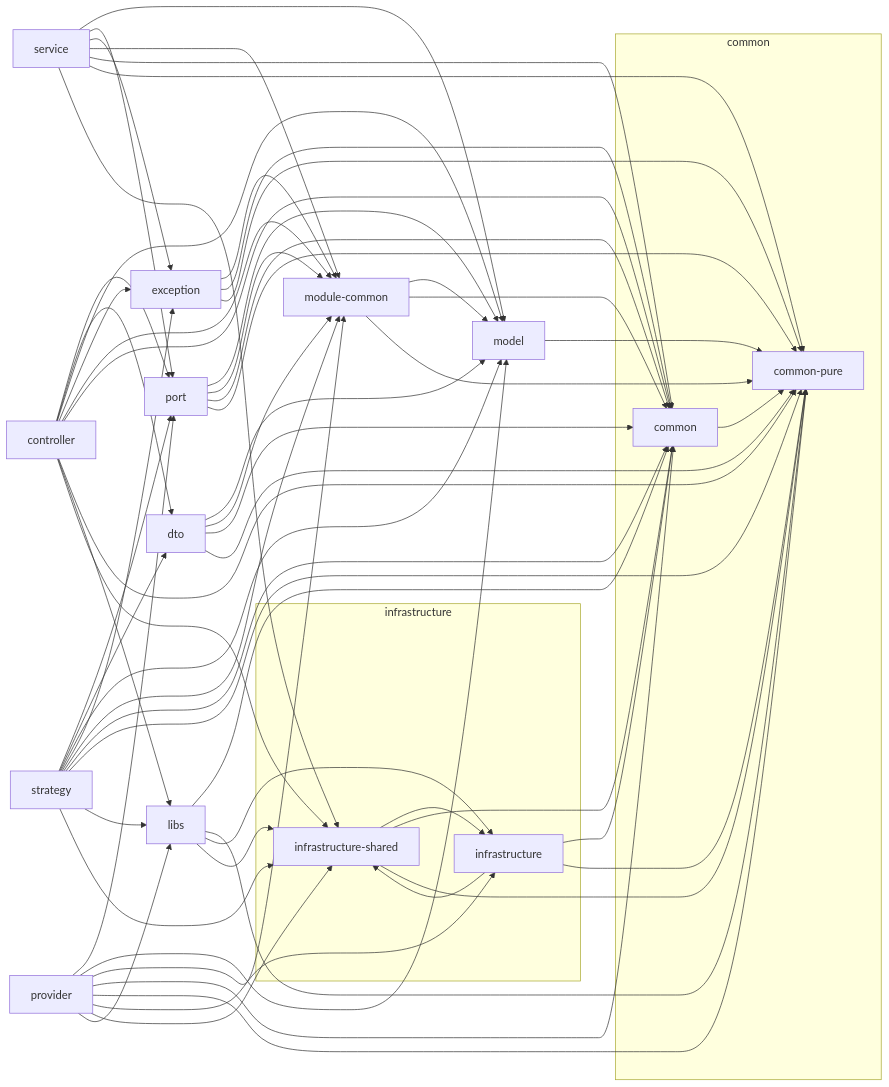
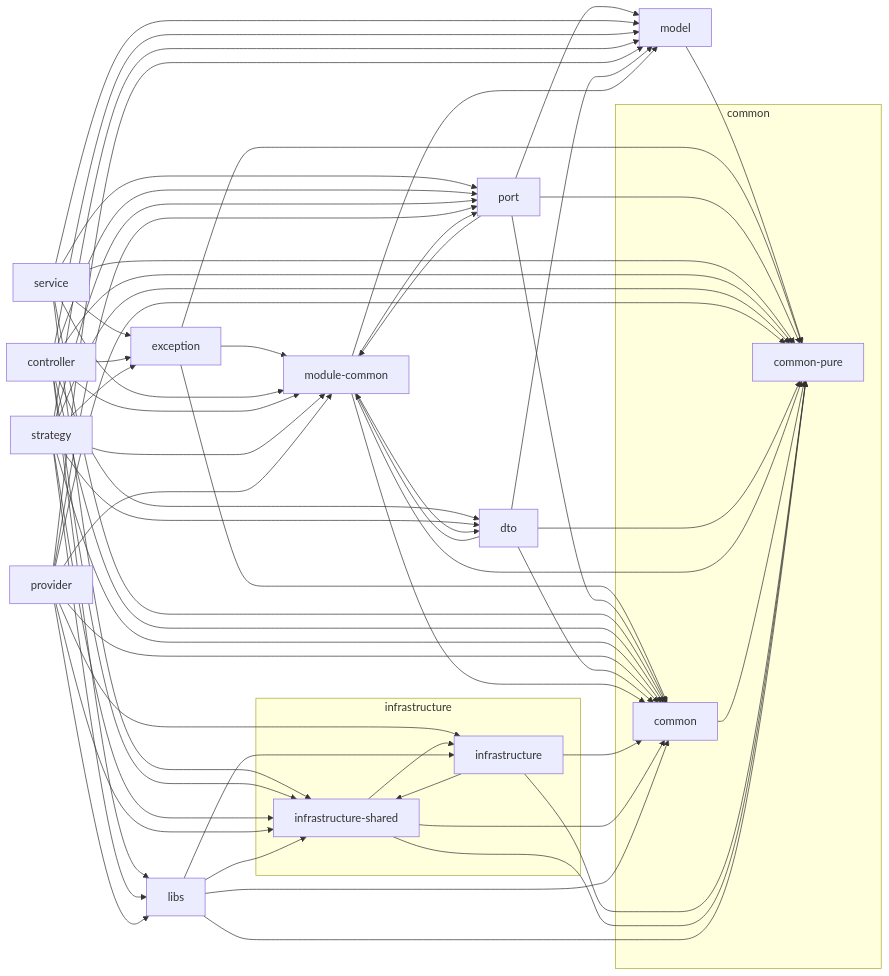
One commit to JosephNK/kelo changed the diagram in rules/nestjs/base/lint-rules-diagram.md. Above: the diagram before and after it, drawn with Mermaid. The commit also changed 6 other files, not shown here.

````diff
--- a/rules/nestjs/base/lint-rules-diagram.md
+++ b/rules/nestjs/base/lint-rules-diagram.md
@@ -10,80 +10,82 @@
 ```mermaid
 graph LR
   subgraph g_common [common]
     common_pure["common-pure"]
     common["common"]
   end
   subgraph g_infrastructure [infrastructure]
     infrastructure_shared["infrastructure-shared"]
     infrastructure["infrastructure"]
   end
   model["model"]
   exception["exception"]
   module_common["module-common"]
   port["port"]
   service["service"]
   controller["controller"]
   dto["dto"]
   libs["libs"]
   strategy["strategy"]
   provider["provider"]
   model --> common_pure
   exception --> module_common
   exception --> common
   exception --> common_pure
   port --> model
   port --> module_common
   port --> common
   port --> common_pure
   service --> model
   service --> port
   service --> exception
   service --> module_common
   service --> common
   service --> common_pure
   service --> infrastructure_shared
   controller --> port
   controller --> dto
   controller --> model
   controller --> exception
   controller --> module_common
   controller --> common
   controller --> common_pure
   controller --> libs
   controller --> infrastructure_shared
   strategy --> port
   strategy --> dto
   strategy --> model
   strategy --> exception
   strategy --> module_common
   strategy --> common
   strategy --> common_pure
   strategy --> libs
   strategy --> infrastructure_shared
   provider --> port
   provider --> model
   provider --> module_common
   provider --> common
   provider --> common_pure
   provider --> infrastructure
   provider --> infrastructure_shared
   provider --> libs
   dto --> model
   dto --> module_common
   dto --> common
   dto --> common_pure
   module_common --> model
+  module_common --> port
+  module_common --> dto
   module_common --> common
   module_common --> common_pure
   common --> common_pure
   infrastructure --> infrastructure_shared
   infrastructure --> common
   infrastructure --> common_pure
   infrastructure_shared --> infrastructure
   infrastructure_shared --> common
   infrastructure_shared --> common_pure
   libs --> common
   libs --> common_pure
   libs --> infrastructure
   libs --> infrastructure_shared
 ```
````
